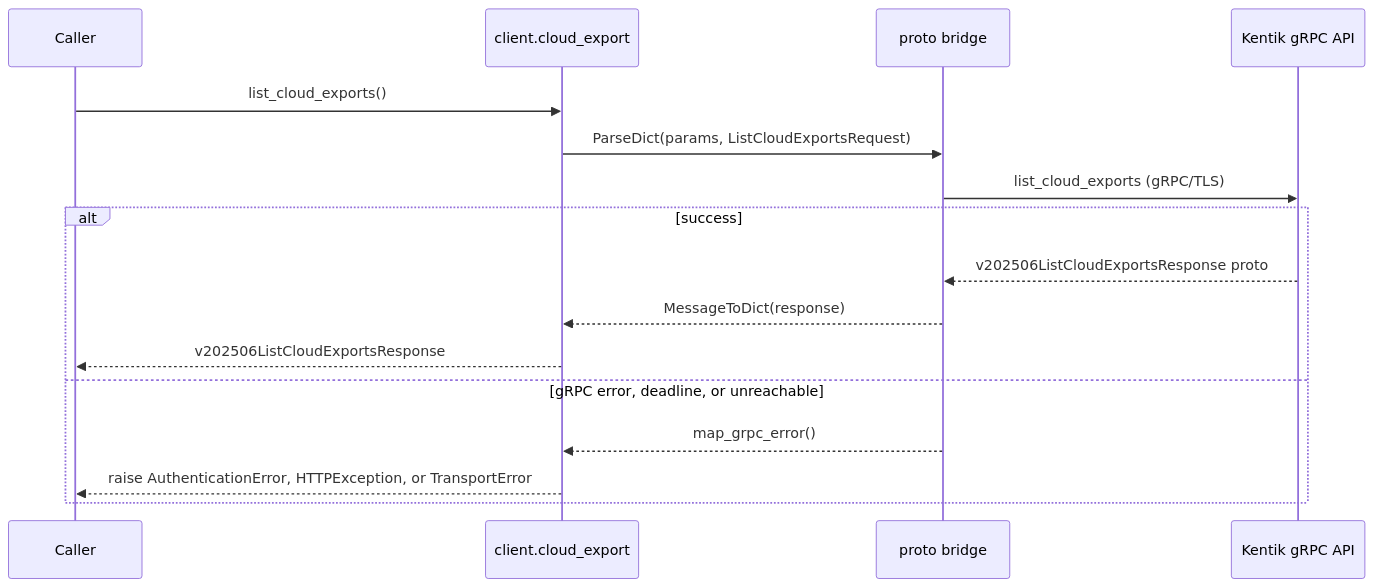
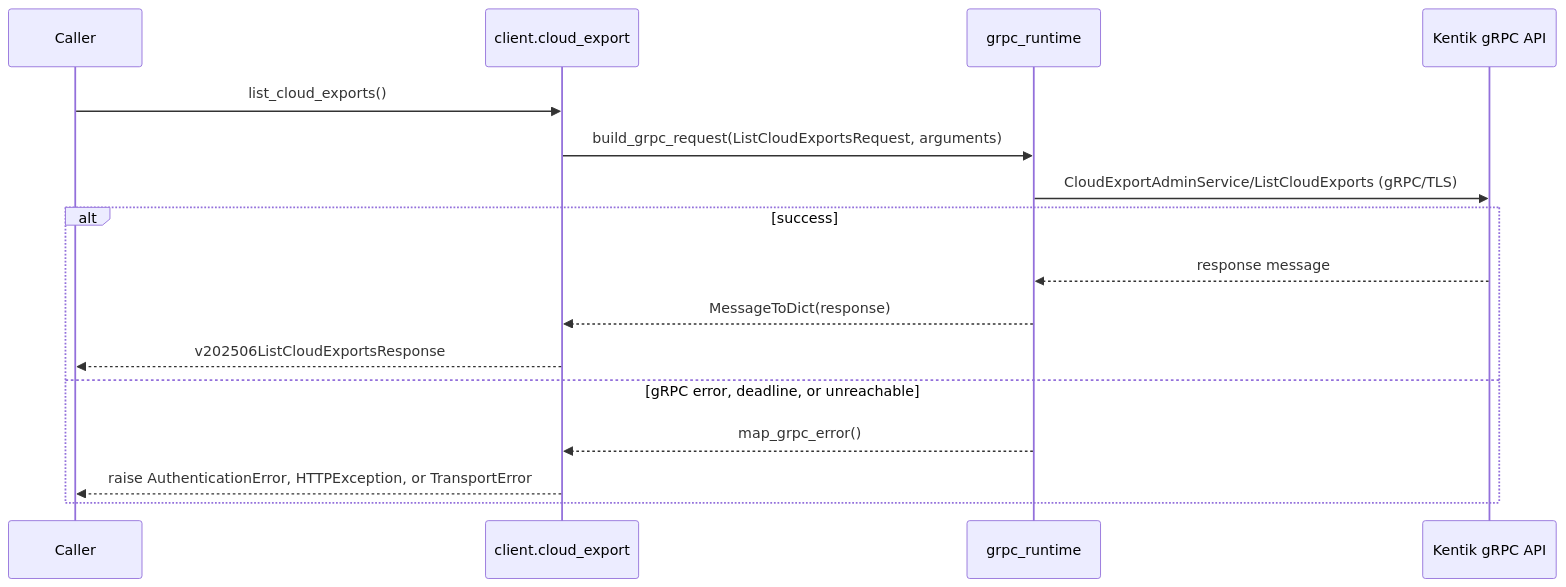
One commit to alexdearaujo/community_sdk_python changed the third of 12 diagrams in docs/sphinx/services/cloud_export.md. Above: the diagram before and after it, drawn with Mermaid. The commit also changed other lines of this file and 37 other files, not shown here.

First line of the commit message:
docs: show the real RPC in each service page's gRPC diagram

````diff
--- a/docs/sphinx/services/cloud_export.md
+++ b/docs/sphinx/services/cloud_export.md
@@ -59,19 +59,19 @@
 ```mermaid
 sequenceDiagram
     participant C as Caller
     participant W as client.cloud_export
-    participant B as proto bridge
+    participant R as grpc_runtime
     participant API as Kentik gRPC API
 
     C->>W: list_cloud_exports()
-    W->>B: ParseDict(params, ListCloudExportsRequest)
-    B->>API: list_cloud_exports (gRPC/TLS)
+    W->>R: build_grpc_request(ListCloudExportsRequest, arguments)
+    R->>API: CloudExportAdminService/ListCloudExports (gRPC/TLS)
     alt success
-        API-->>B: v202506ListCloudExportsResponse proto
-        B-->>W: MessageToDict(response)
+        API-->>R: response message
+        R-->>W: MessageToDict(response)
         W-->>C: v202506ListCloudExportsResponse
     else gRPC error, deadline, or unreachable
-        B-->>W: map_grpc_error()
+        R-->>W: map_grpc_error()
         W-->>C: raise AuthenticationError, HTTPException, or TransportError
     end
 ```
````
